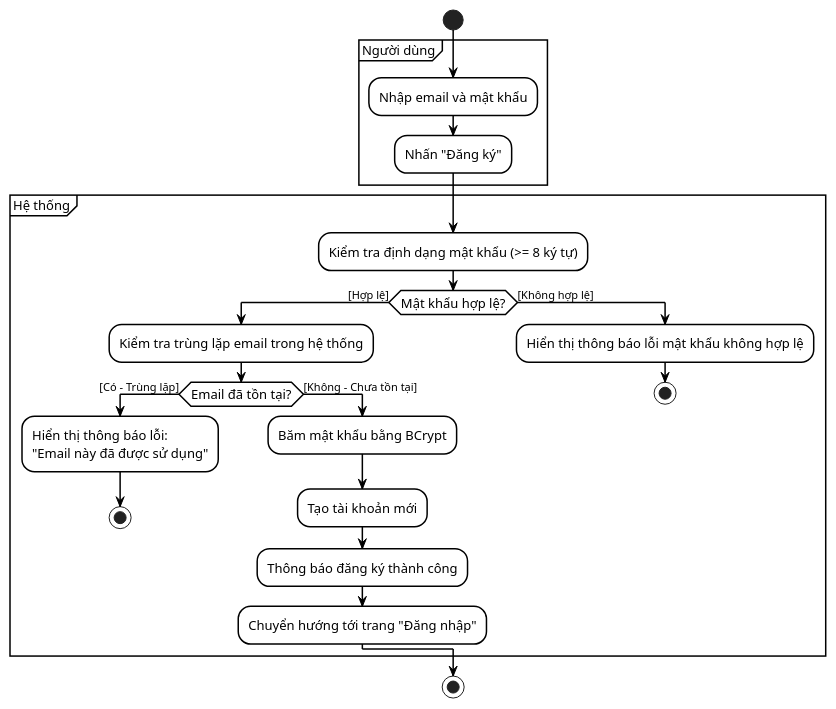
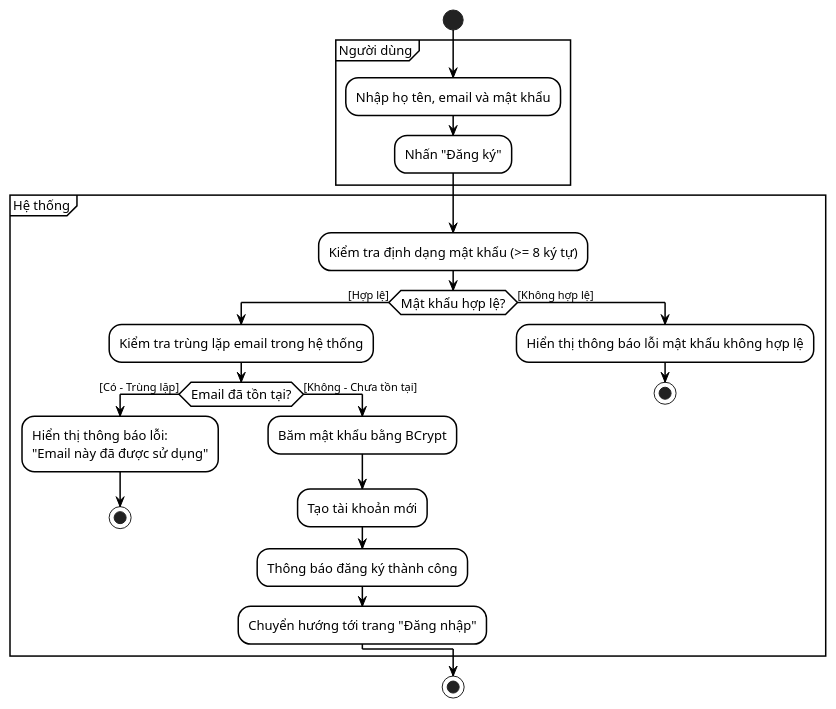
One commit to Phuc280106/BrewLite2 changed the diagram in docs/diagrams/auth/activity-auth-register.puml. Above: the diagram before and after it, drawn with PlantUML. The commit also changed 5 other files, not shown here.

Commit message:
fix(diagrams && requirements): Bổ xung field họ tên vào các diagram và đặc tả usecase-auth

```diff
--- a/docs/diagrams/auth/activity-auth-register.puml
+++ b/docs/diagrams/auth/activity-auth-register.puml
@@ -1,60 +1,60 @@
 @startuml
 
 skinparam monochrome true
 skinparam shadowing false
 skinparam backgroundColor white
 
 skinparam activity {
     BackgroundColor #FFFFFF
     BorderColor #000000
     BorderThickness 1.5
     FontColor #000000
     FontSize 13
     ArrowColor #000000
 }
 
 skinparam activityDiamond {
     BackgroundColor #FFFFFF
     BorderColor #000000
     BorderThickness 1.5
     FontColor #000000
 }
 
 skinparam partition {
     BorderColor #000000
     BackgroundColor #FFFFFF
     FontColor #000000
     FontSize 13
 }
 
 start
 
 partition "Người dùng" {
-    :Nhập email và mật khẩu;
+    :Nhập họ tên, email và mật khẩu;
     :Nhấn "Đăng ký";
 }
 
 partition "Hệ thống" {
     :Kiểm tra định dạng mật khẩu (>= 8 ký tự);
     
     if (Mật khẩu hợp lệ?) then ([Hợp lệ])
         :Kiểm tra trùng lặp email trong hệ thống;
         
         if (Email đã tồn tại?) then ([Có - Trùng lặp])
             :Hiển thị thông báo lỗi:\n"Email này đã được sử dụng";
             stop
         else ([Không - Chưa tồn tại])
             :Băm mật khẩu bằng BCrypt;
             :Tạo tài khoản mới;
             :Thông báo đăng ký thành công;
             :Chuyển hướng tới trang "Đăng nhập";
         endif
     else ([Không hợp lệ])
         :Hiển thị thông báo lỗi mật khẩu không hợp lệ;
         stop
     endif
 }
 
 stop
 
 @enduml
```
